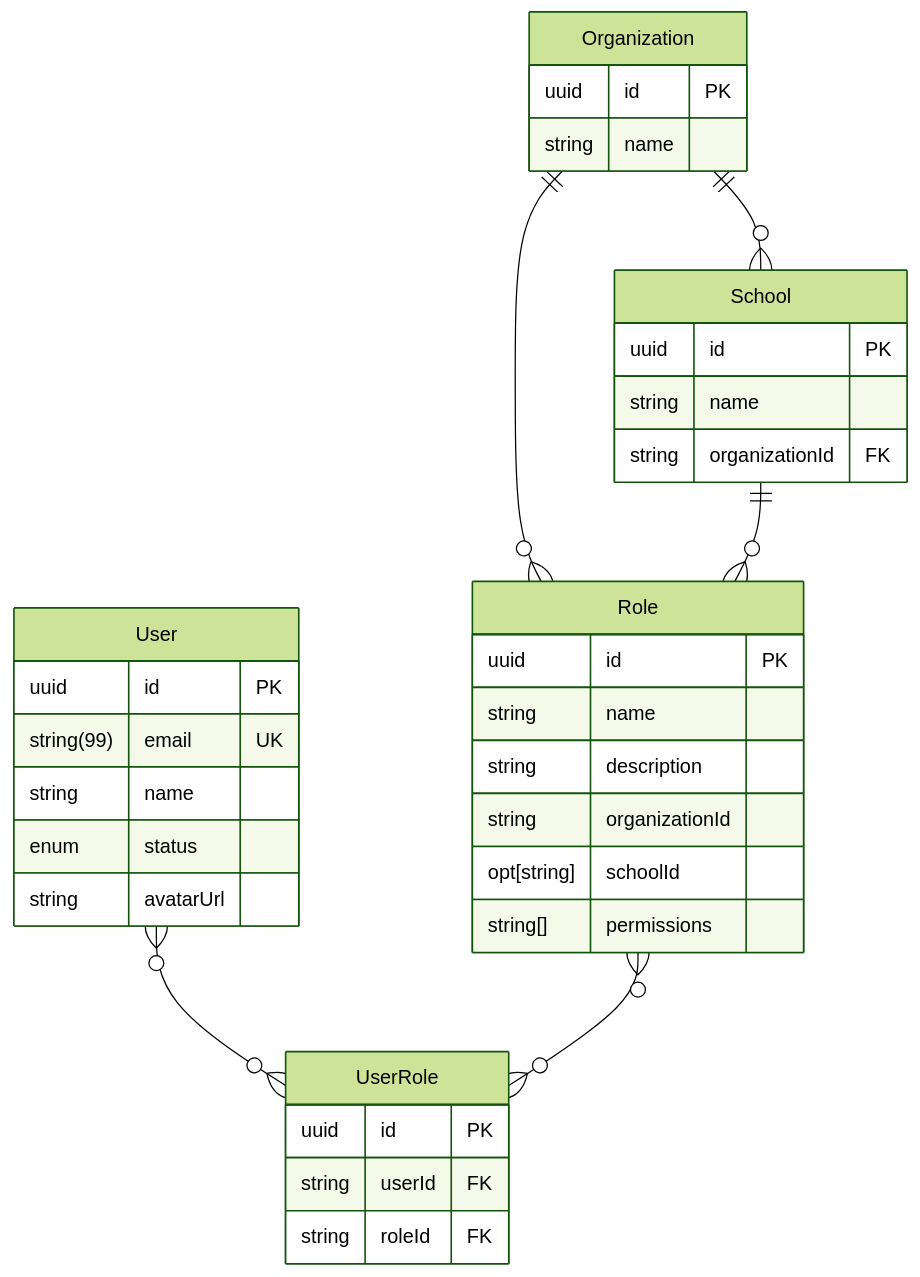
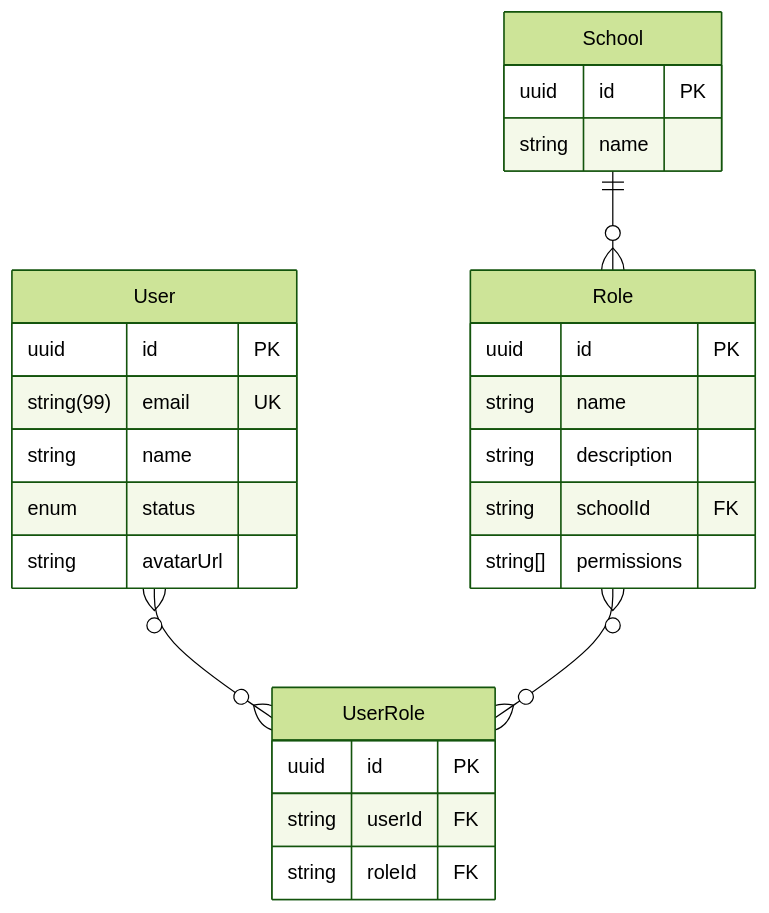
One commit to akdasa-studios/vidya changed the first of 2 diagrams in docs/Entity Relationship Diagram.md. Above: the diagram before and after it, drawn with Mermaid (forest theme). The commit also changed other lines of this file and 74 other files, not shown here.

````diff
--- a/docs/Entity Relationship Diagram.md
+++ b/docs/Entity Relationship Diagram.md
@@ -15,44 +13,33 @@
 ```mermaid
 erDiagram
-    Organization {
-        uuid id PK
-        string name
-    }
-
     School {
         uuid id PK
         string name
-        string organizationId FK
     }
 
     Role {
         uuid id PK
         string name
         string description
-        string organizationId
-        opt[string] schoolId
+        string schoolId FK
         string[] permissions
     }
 
     User {
         uuid id PK
         string(99) email UK
         string name
         enum status
         string avatarUrl
     }
 
-
     UserRole {
         uuid id PK
         string userId FK
         string roleId FK
     }
 
-    Organization ||--o{ School : ""
-    Organization ||--o{ Role : ""
     School ||--o{ Role : ""
     User }o--o{ UserRole : ""
     Role }o--o{ UserRole : ""
-
 ```
````
